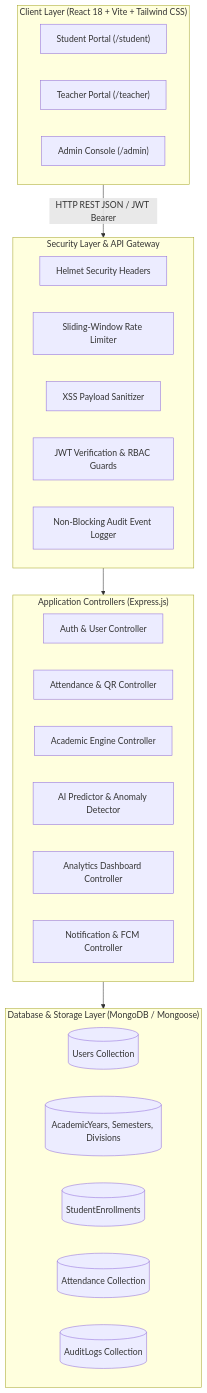
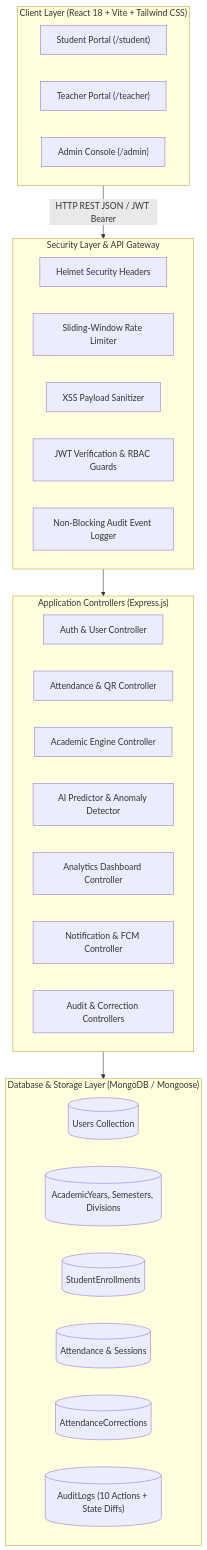
One commit to ace2920006/Basic-attendance changed the fourth of 12 diagrams in docs/FLOW_DIAGRAMS.md. Above: the diagram before and after it, drawn with Mermaid. The commit also changed other lines of this file and 6 other files, not shown here.

````diff
--- a/docs/FLOW_DIAGRAMS.md
+++ b/docs/FLOW_DIAGRAMS.md
@@ -96,37 +98,39 @@
 ```mermaid
 flowchart TB
     subgraph ClientLayer ["Client Layer (React 18 + Vite + Tailwind CSS)"]
         UI_Student["Student Portal (/student)"]
         UI_Teacher["Teacher Portal (/teacher)"]
         UI_Admin["Admin Console (/admin)"]
     end
 
     subgraph SecurityGateway ["Security Layer & API Gateway"]
         Helmet["Helmet Security Headers"]
         RateLimiter["Sliding-Window Rate Limiter"]
         XSS["XSS Payload Sanitizer"]
         JWT_RBAC["JWT Verification & RBAC Guards"]
         AuditMiddleware["Non-Blocking Audit Event Logger"]
     end
 
     subgraph ControllerLayer ["Application Controllers (Express.js)"]
         AuthCtrl["Auth & User Controller"]
         AttCtrl["Attendance & QR Controller"]
         AcadCtrl["Academic Engine Controller"]
         AICtrl["AI Predictor & Anomaly Detector"]
         AnalyticCtrl["Analytics Dashboard Controller"]
         NotifCtrl["Notification & FCM Controller"]
+        AuditCtrl["Audit & Correction Controllers"]
     end
 
     subgraph DB ["Database & Storage Layer (MongoDB / Mongoose)"]
         Col_Users[("Users Collection")]
         Col_Academic[("AcademicYears, Semesters, Divisions")]
         Col_Enrollment[("StudentEnrollments")]
-        Col_Att[("Attendance Collection")]
-        Col_Audit[("AuditLogs Collection")]
+        Col_Att[("Attendance & Sessions")]
+        Col_Correction[("AttendanceCorrections")]
+        Col_Audit[("AuditLogs (10 Actions + State Diffs)")]
     end
 
     ClientLayer -->|HTTP REST JSON / JWT Bearer| SecurityGateway
     SecurityGateway --> ControllerLayer
     ControllerLayer --> DB
 ```
````
